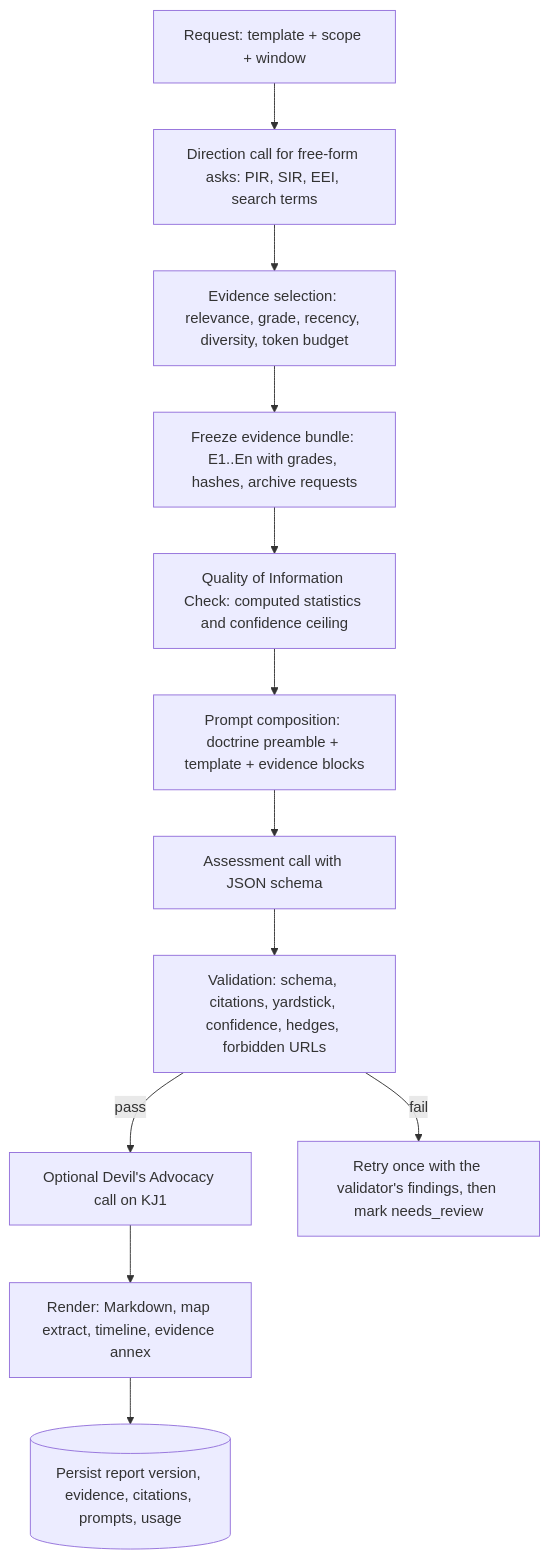
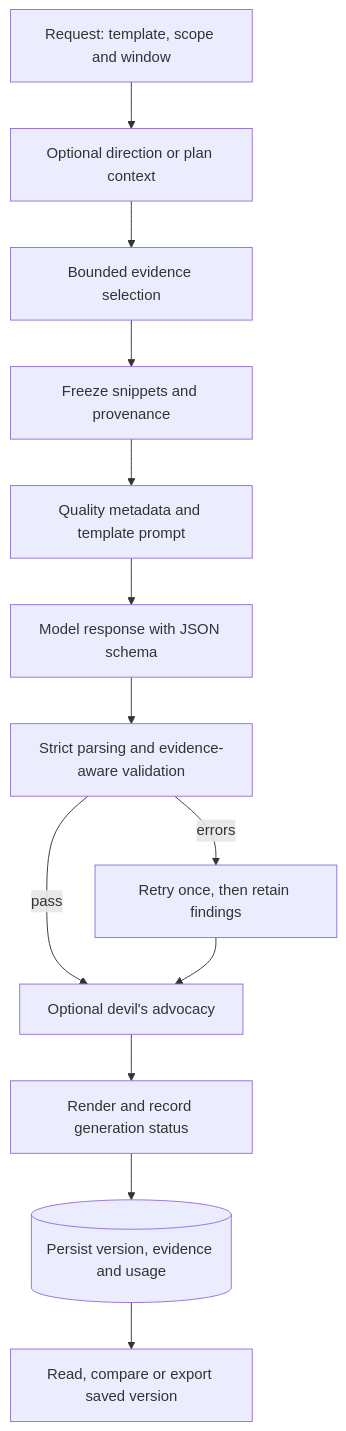
The diagram in docs/03_DOCTRINE_AND_REPORTING.md (ShabalalaWATP/AllSeeingEye), drawn with Mermaid before and after one commit. The commit also changed other lines of this file and 293 other files, not shown here.

````diff
--- a/docs/03_DOCTRINE_AND_REPORTING.md
+++ b/docs/03_DOCTRINE_AND_REPORTING.md
@@ -167,14 +157,15 @@
 ```mermaid
 flowchart TD
-  Q[Request: template + scope + window] --> D[Direction call for free-form asks: PIR, SIR, EEI, search terms]
-  D --> S[Evidence selection: relevance, grade, recency, diversity, token budget]
-  S --> F[Freeze evidence bundle: E1..En with grades, hashes, archive requests]
-  F --> QIC[Quality of Information Check: computed statistics and confidence ceiling]
-  QIC --> P[Prompt composition: doctrine preamble + template + evidence blocks]
-  P --> LLM[Assessment call with JSON schema]
-  LLM --> V[Validation: schema, citations, yardstick, confidence, hedges, forbidden URLs]
-  V -->|pass| DA[Optional Devil's Advocacy call on KJ1]
-  V -->|fail| R[Retry once with the validator's findings, then mark needs_review]
-  DA --> REN[Render: Markdown, map extract, timeline, evidence annex]
-  REN --> PERSIST[(Persist report version, evidence, citations, prompts, usage)]
+  Q[Request: template, scope and window] --> D[Optional direction or plan context]
+  D --> S[Bounded evidence selection]
+  S --> F[Freeze snippets and provenance]
+  F --> P[Quality metadata and template prompt]
+  P --> L[Model response with JSON schema]
+  L --> V[Strict parsing and evidence-aware validation]
+  V -->|errors| R[Retry once, then retain findings]
+  V -->|pass| A[Optional devil's advocacy]
+  R --> A
+  A --> M[Render and record generation status]
+  M --> B[(Persist version, evidence and usage)]
+  B --> E[Read, compare or export saved version]
 ```
````
